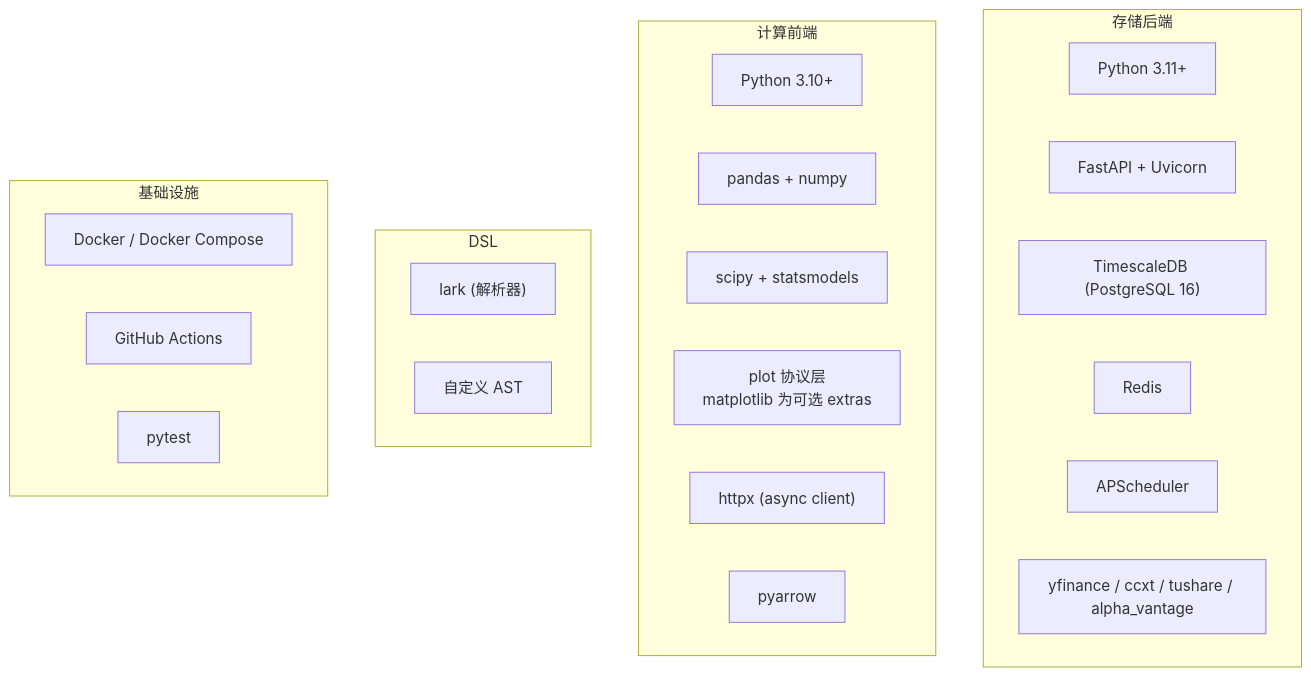
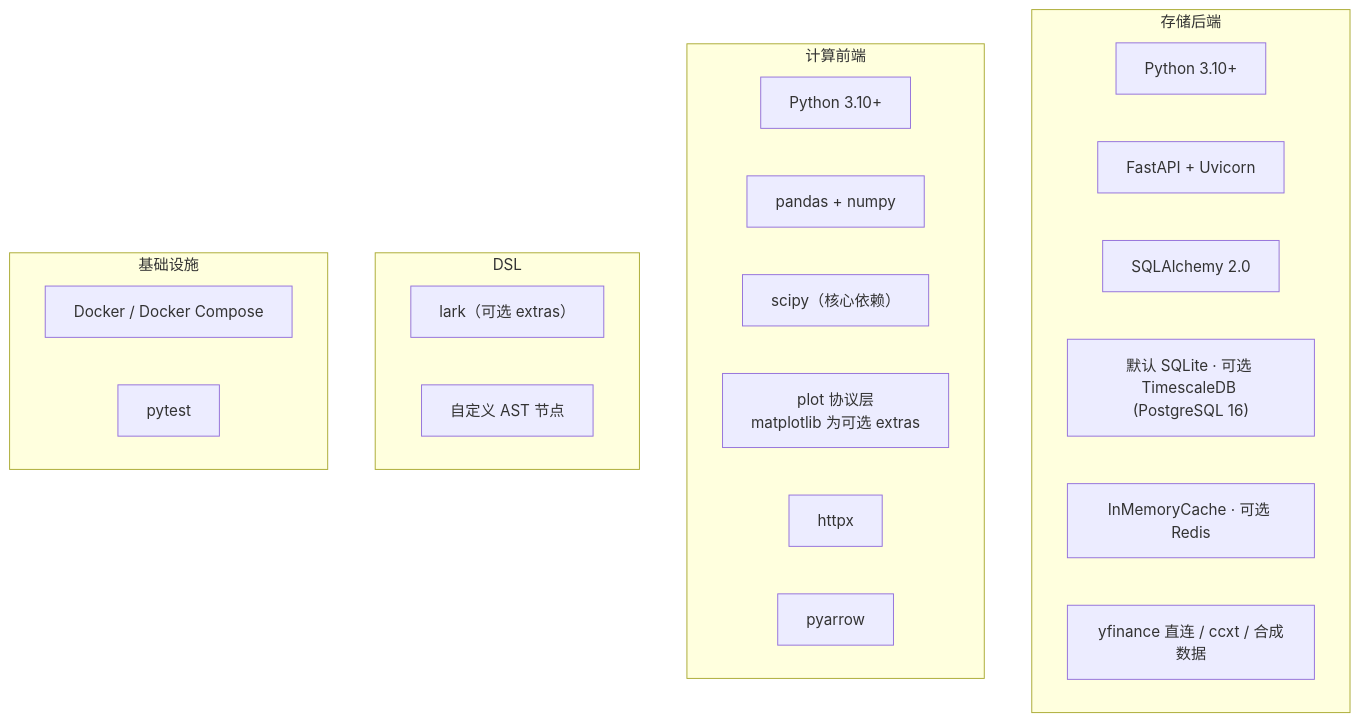
Diagram 18 of 23 in DESIGN_CN.md (RESBI/StockStatistic), drawn with Mermaid before and after one commit. The commit also changed other lines of this file and 12 other files, not shown here.

````diff
--- a/DESIGN_CN.md
+++ b/DESIGN_CN.md
@@ -1411,31 +1456,30 @@
 ```mermaid
 graph TB
     subgraph "存储后端"
-        BE_LANG["Python 3.11+"]
+        BE_LANG["Python 3.10+"]
         BE_FW["FastAPI + Uvicorn"]
-        BE_DB["TimescaleDB (PostgreSQL 16)"]
-        BE_CACHE["Redis"]
-        BE_SCHED["APScheduler"]
-        BE_DS["yfinance / ccxt / tushare / alpha_vantage"]
+        BE_ORM["SQLAlchemy 2.0"]
+        BE_DB["默认 SQLite · 可选 TimescaleDB (PostgreSQL 16)"]
+        BE_CACHE["InMemoryCache · 可选 Redis"]
+        BE_DS["yfinance 直连 / ccxt / 合成数据"]
     end
-    
+
     subgraph "计算前端"
         FE_LANG["Python 3.10+"]
         FE_CORE["pandas + numpy"]
-        FE_STAT["scipy + statsmodels"]
+        FE_STAT["scipy（核心依赖）"]
         FE_PLOT["plot 协议层<br/>matplotlib 为可选 extras"]
-        FE_HTTP["httpx (async client)"]
+        FE_HTTP["httpx"]
         FE_ARROW["pyarrow"]
     end
-    
+
     subgraph "DSL"
-        DSL_PARSER["lark (解析器)"]
-        DSL_AST["自定义 AST"]
+        DSL_PARSER["lark（可选 extras）"]
+        DSL_AST["自定义 AST 节点"]
     end
-    
+
     subgraph "基础设施"
         INFRA_DOCKER["Docker / Docker Compose"]
-        INFRA_CI["GitHub Actions"]
         INFRA_TEST["pytest"]
     end
 ```
````
